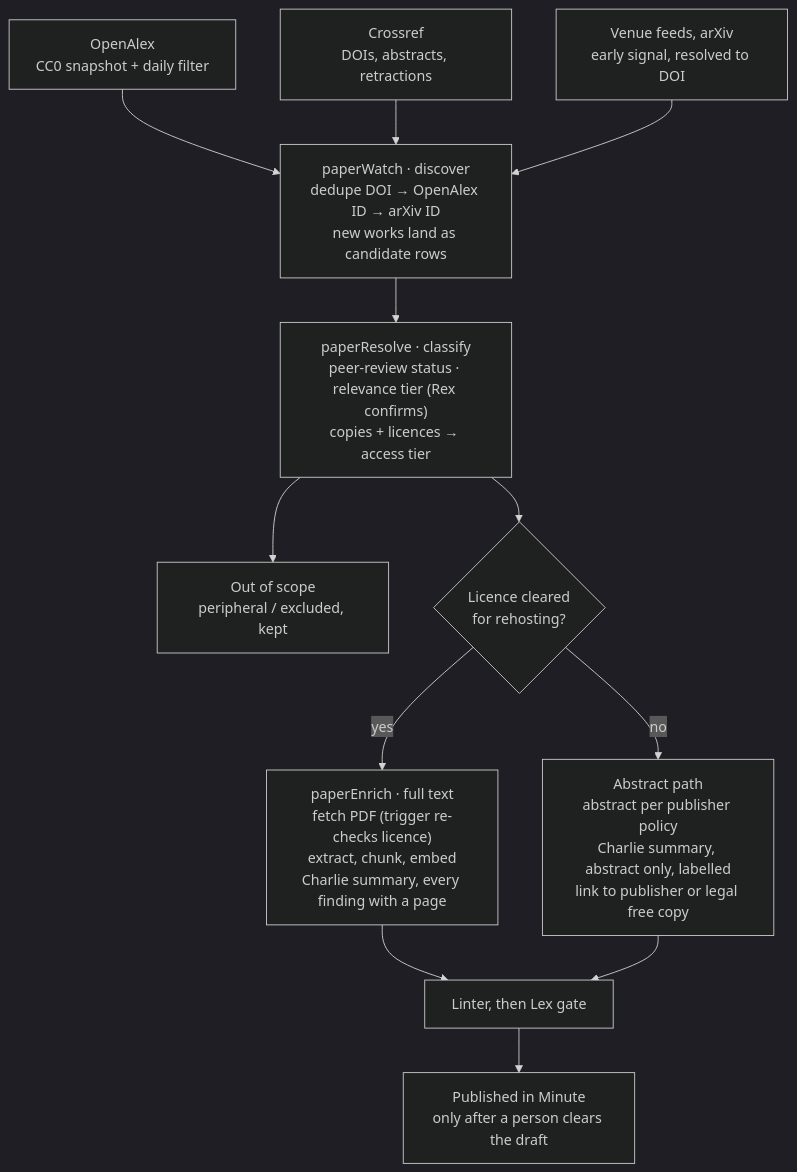
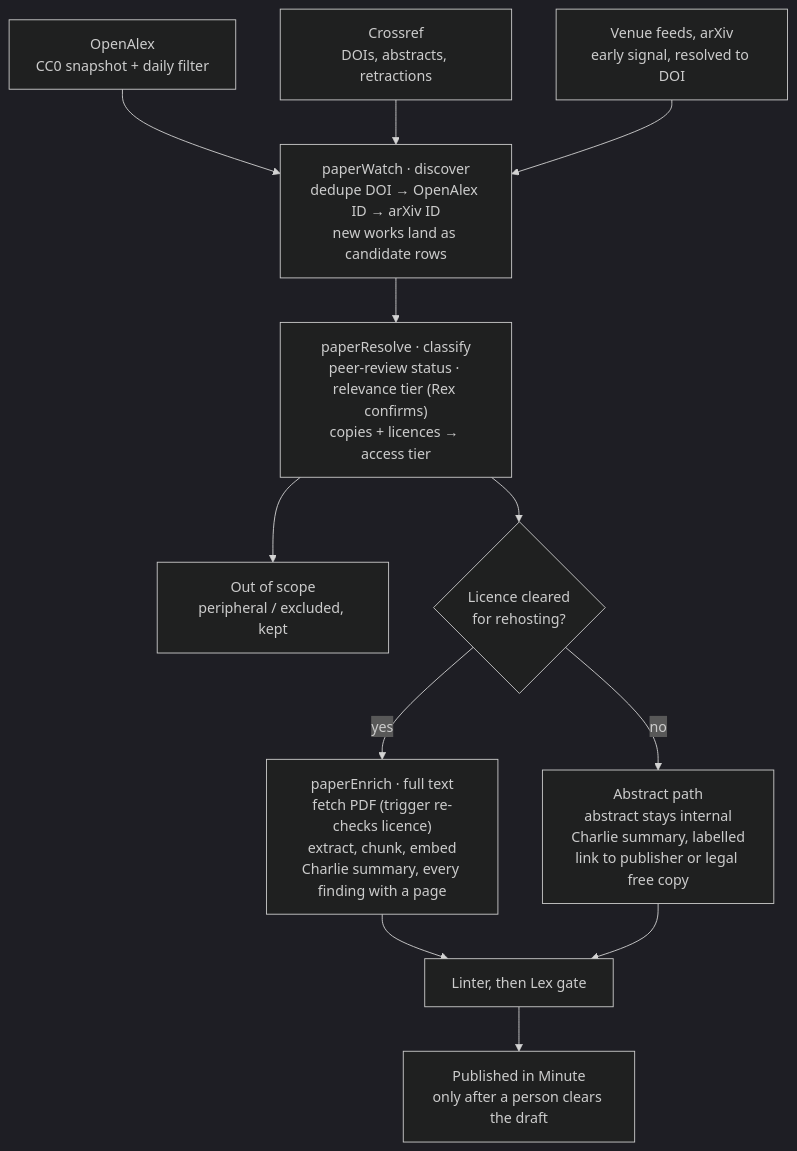
Before and after one commit to avunculargroup/business-mono: the diagram in docs/features/client-app/library-papers-spec.md, drawn with Mermaid (dark theme). The commit also changed other lines of this file and 2 other files, not shown here.

First line of the commit message:
docs(library-papers): take the conservative abstract and NC route

````diff
--- a/docs/features/client-app/library-papers-spec.md
+++ b/docs/features/client-app/library-papers-spec.md
@@ -337,14 +319,14 @@
 ```mermaid
 flowchart TD
   OA["OpenAlex<br/>CC0 snapshot + daily filter"] --> W
   CR["Crossref<br/>DOIs, abstracts, retractions"] --> W
   VF["Venue feeds, arXiv<br/>early signal, resolved to DOI"] --> W
   W["paperWatch · discover<br/>dedupe DOI → OpenAlex ID → arXiv ID<br/>new works land as candidate rows"] --> R
   R["paperResolve · classify<br/>peer-review status · relevance tier (Rex confirms)<br/>copies + licences → access tier"] --> X["Out of scope<br/>peripheral / excluded, kept"]
   R --> D{"Licence cleared<br/>for rehosting?"}
   D -- yes --> E["paperEnrich · full text<br/>fetch PDF (trigger re-checks licence)<br/>extract, chunk, embed<br/>Charlie summary, every finding with a page"]
-  D -- no --> A["Abstract path<br/>abstract per publisher policy<br/>Charlie summary, abstract only, labelled<br/>link to publisher or legal free copy"]
+  D -- no --> A["Abstract path<br/>abstract stays internal<br/>Charlie summary, labelled<br/>link to publisher or legal free copy"]
   E --> G["Linter, then Lex gate"]
   A --> G
   G --> P["Published in Minute<br/>only after a person clears the draft"]
 ```
````
